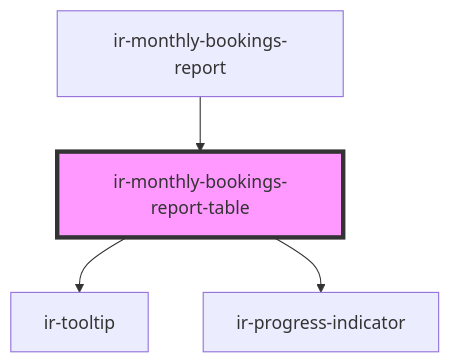
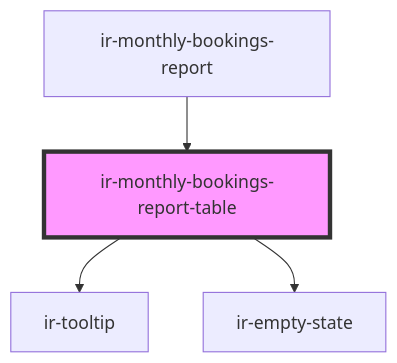
One commit to RonyRizk/ir-webcmp changed the diagram in src/components/ir-monthly-bookings-report/ir-monthly-bookings-report-table/readme.md. Above: the diagram before and after it, drawn with Mermaid. The commit also changed other lines of this file and 508 other files, not shown here.

````diff
--- a/src/components/ir-monthly-bookings-report/ir-monthly-bookings-report-table/readme.md
+++ b/src/components/ir-monthly-bookings-report/ir-monthly-bookings-report-table/readme.md
@@ -27,7 +27,7 @@
 ```mermaid
 graph TD;
   ir-monthly-bookings-report-table --> ir-tooltip
-  ir-monthly-bookings-report-table --> ir-progress-indicator
+  ir-monthly-bookings-report-table --> ir-empty-state
   ir-monthly-bookings-report --> ir-monthly-bookings-report-table
   style ir-monthly-bookings-report-table fill:#f9f,stroke:#333,stroke-width:4px
 ```
````
